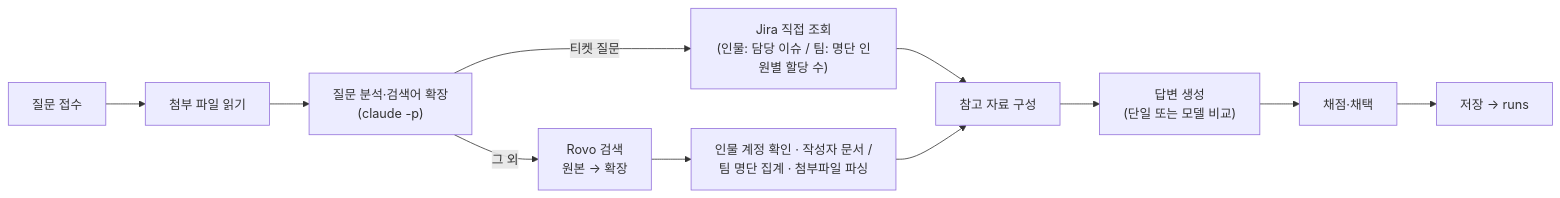
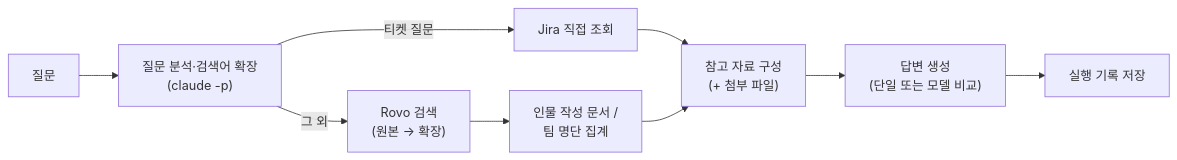
Before and after one commit to HyunjeSung/qcells_ems_wikibot: the diagram in README.md, drawn with Mermaid. The commit also changed other lines of this file, not shown here.

````diff
--- a/README.md
+++ b/README.md
@@ -78,12 +38,10 @@
 ```mermaid
 flowchart LR
-    Q[질문 접수] --> U[첨부 파일 읽기]
-    U --> E["질문 분석·검색어 확장\n(claude -p)"]
-    E -->|티켓 질문| J["Jira 직접 조회\n(인물: 담당 이슈 / 팀: 명단 인원별 할당 수)"]
-    E -->|그 외| R["Rovo 검색\n원본 → 확장"]
-    R --> P["인물 계정 확인 · 작성자 문서 /\n팀 명단 집계 · 첨부파일 파싱"]
-    J --> C[참고 자료 구성]
+    Q[질문] --> E["질문 분석·검색어 확장\n(claude -p)"]
+    E -->|티켓 질문| J[Jira 직접 조회]
+    E -->|그 외| R["Rovo 검색\n(원본 → 확장)"]
+    R --> P["인물 작성 문서 /\n팀 명단 집계"]
+    J --> C["참고 자료 구성\n(+ 첨부 파일)"]
     P --> C
-    C --> G["답변 생성\n(단일 또는 모델 비교)"]
-    G --> S[채점·채택] --> W[저장 → runs]
+    C --> G["답변 생성\n(단일 또는 모델 비교)"] --> S[실행 기록 저장]
 ```
````
